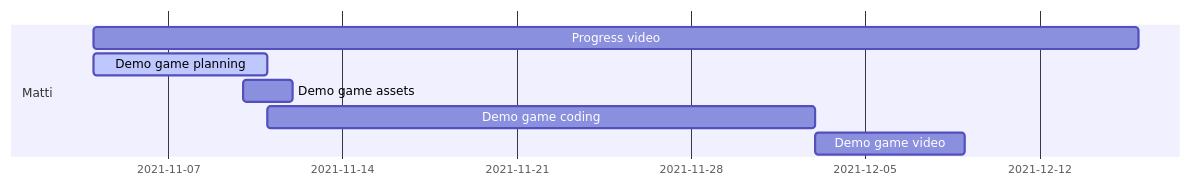
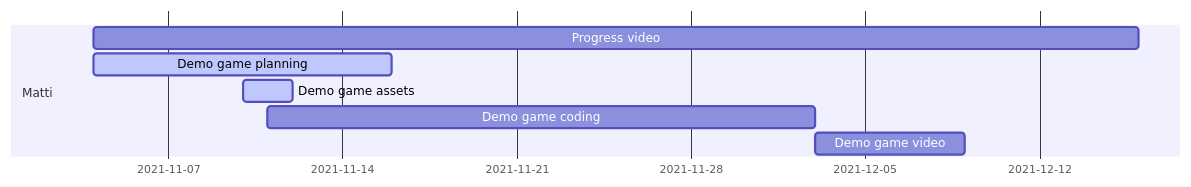
One commit to IlkkaTakala/Eril-Engine changed the fourth of 8 diagrams in docs/ProjectPlan.md. Above: the diagram before and after it, drawn with Mermaid. The commit also changed other lines of this file, not shown here.

Commit message:
Changed timelines, added new member

````diff
--- a/docs/ProjectPlan.md
+++ b/docs/ProjectPlan.md
@@ -86,11 +87,11 @@
 ```mermaid
 gantt
 dateFormat  DD-MM
 
 section Matti
 Progress video          :         mdes2, 04-11, 16-12
-Demo game planning      :active,  mdes4, 04-11, 11-11
-Demo game assets        :         mdes5, 10-11, 12-11
+Demo game planning      :active,  mdes4, 04-11, 16-11
+Demo game assets        :active,  mdes5, 10-11, 12-11
 Demo game coding        :         mdes6, 11-11, 03-12
 Demo game video         :         mdes7, 03-12, 09-12
 ```
````
